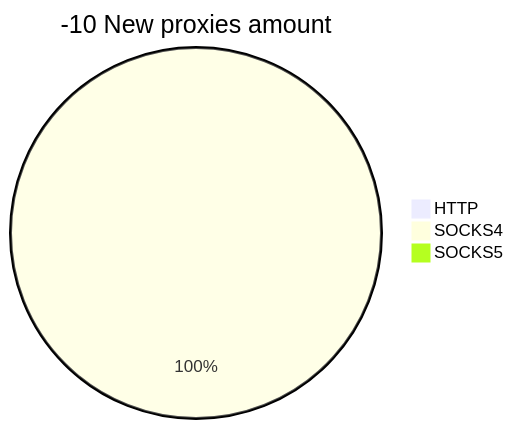
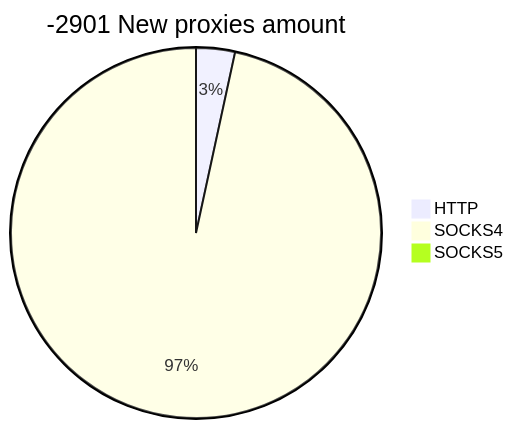
Before and after one commit to cutipu/proxylist: the second of 2 diagrams in README.md, drawn with Mermaid. The commit also changed other lines of this file, not shown here.

````diff
--- a/README.md
+++ b/README.md
@@ -10,6 +10,6 @@
 ```mermaid
-pie title -10 New proxies amount
-    "HTTP" : 0
-    "SOCKS4" : 1
+pie title -2901 New proxies amount
+    "HTTP" : 2
+    "SOCKS4" : 57
     "SOCKS5" : 0
 ```
````
